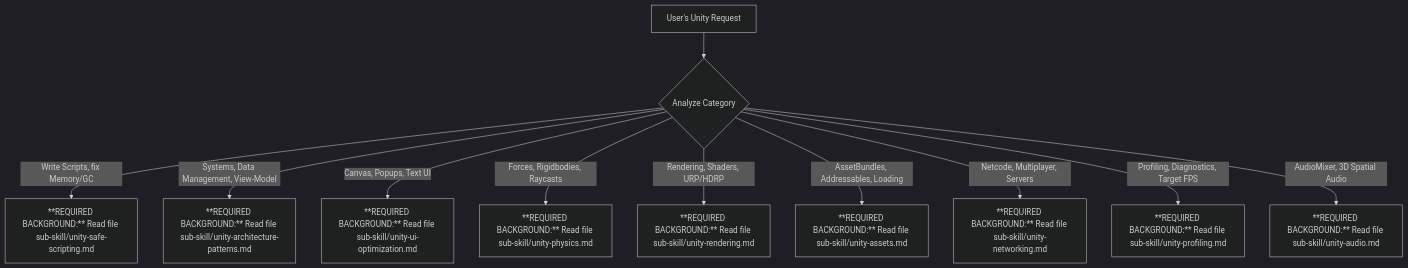
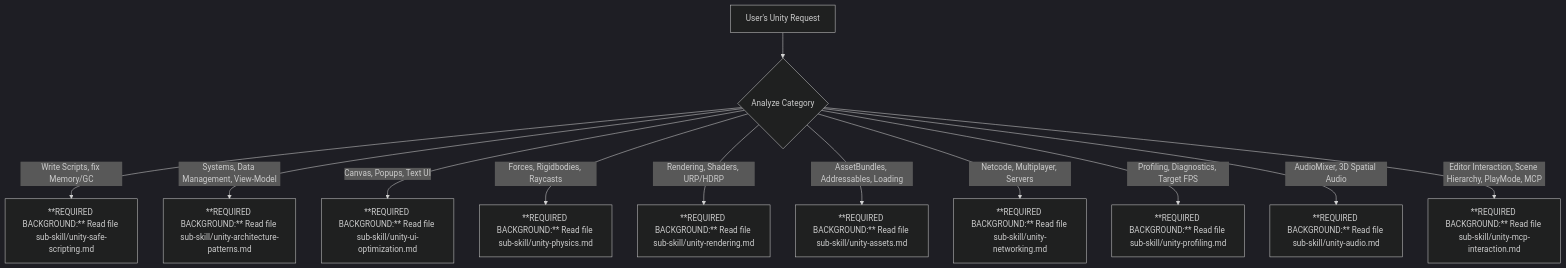
Before and after one commit to namtvn07-glitch/game_mcp_unity: the diagram in .agents/skills/game-dev-unity/SKILL.md, drawn with Mermaid (dark theme). The commit also changed 44 other files, not shown here.

````diff
--- a/.agents/skills/game-dev-unity/SKILL.md
+++ b/.agents/skills/game-dev-unity/SKILL.md
@@ -21,13 +21,14 @@
 ```mermaid
 graph TD
     A[User's Unity Request] --> B{Analyze Category}
     B -- Write Scripts, fix Memory/GC --> C[**REQUIRED BACKGROUND:** Read file sub-skill/unity-safe-scripting.md]
     B -- Systems, Data Management, View-Model --> D[**REQUIRED BACKGROUND:** Read file sub-skill/unity-architecture-patterns.md]
     B -- Canvas, Popups, Text UI --> E[**REQUIRED BACKGROUND:** Read file sub-skill/unity-ui-optimization.md]
     B -- Forces, Rigidbodies, Raycasts --> F[**REQUIRED BACKGROUND:** Read file sub-skill/unity-physics.md]
     B -- Rendering, Shaders, URP/HDRP --> G[**REQUIRED BACKGROUND:** Read file sub-skill/unity-rendering.md]
     B -- AssetBundles, Addressables, Loading --> H[**REQUIRED BACKGROUND:** Read file sub-skill/unity-assets.md]
     B -- Netcode, Multiplayer, Servers --> I[**REQUIRED BACKGROUND:** Read file sub-skill/unity-networking.md]
     B -- Profiling, Diagnostics, Target FPS --> J[**REQUIRED BACKGROUND:** Read file sub-skill/unity-profiling.md]
     B -- AudioMixer, 3D Spatial Audio --> K[**REQUIRED BACKGROUND:** Read file sub-skill/unity-audio.md]
+    B -- Editor Interaction, Scene Hierarchy, PlayMode, MCP --> L[**REQUIRED BACKGROUND:** Read file sub-skill/unity-mcp-interaction.md]
 ```
````
